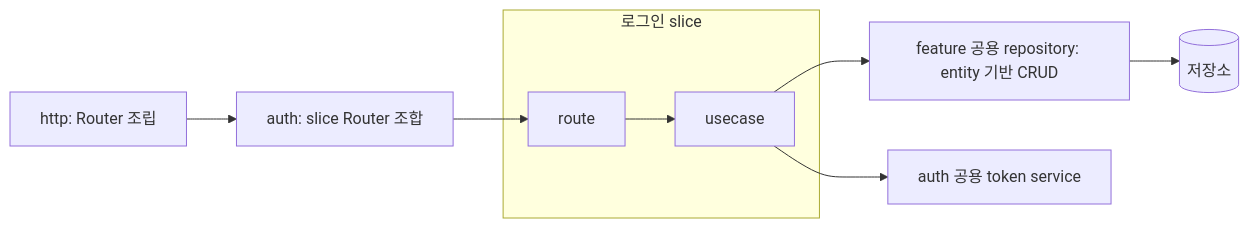
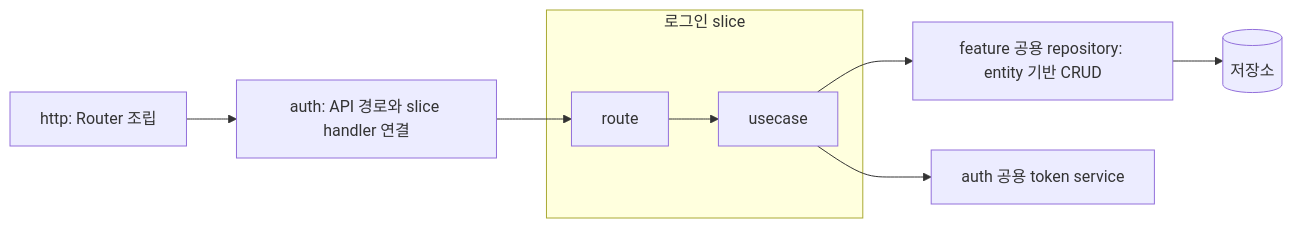
Before and after one commit to ghtak/tlab: the diagram in docs/architecture/app-structure.md, drawn with Mermaid. The commit also changed other lines of this file and 14 other files, not shown here.

````diff
--- a/docs/architecture/app-structure.md
+++ b/docs/architecture/app-structure.md
@@ -150,11 +151,11 @@
 ```mermaid
 flowchart LR
-    H[http: Router 조립] --> F[auth: slice Router 조합]
+    H[http: Router 조립] --> F[auth: API 경로와 slice handler 연결]
     subgraph L[로그인 slice]
         R[route] --> U[usecase]
         end
     U --> D[feature 공용 repository: entity 기반 CRUD]
     F --> R
     U --> S[auth 공용 token service]
     D --> DB[(저장소)]
 ```
````
